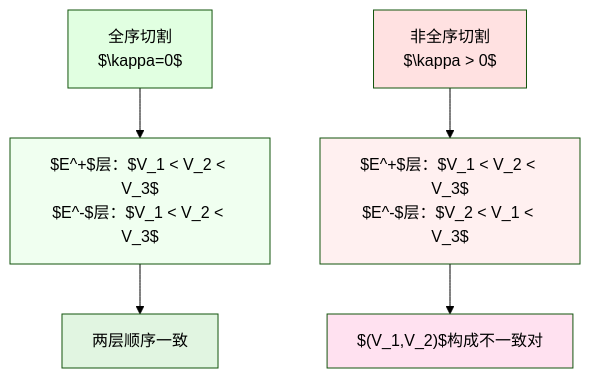
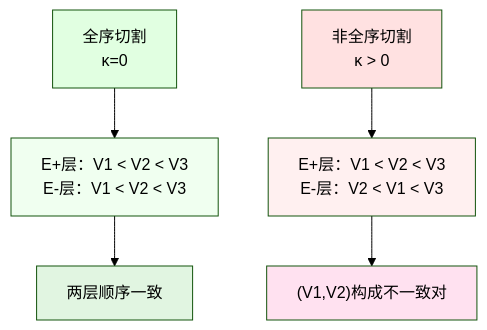
One commit to loning/zeckendorf-hilbert changed the third of 6 diagrams in docs/euler-article/gls-union/21-causal-diamond-chain/03-markov-stitching.md. Above: the diagram before and after it, drawn with Mermaid (forest theme). The commit also changed other lines of this file and 2 other files, not shown here.

````diff
--- a/docs/euler-article/gls-union/21-causal-diamond-chain/03-markov-stitching.md
+++ b/docs/euler-article/gls-union/21-causal-diamond-chain/03-markov-stitching.md
@@ -207,15 +207,15 @@
 ```mermaid
 graph TD
-    A["全序切割<br/>$\kappa=0$"] --> A1["$E^+$层：$V_1 < V_2 < V_3$<br/>$E^-$层：$V_1 < V_2 < V_3$"]
+    A["全序切割<br/>κ=0"] --> A1["E+层：V1 < V2 < V3<br/>E-层：V1 < V2 < V3"]
     A1 --> A2["两层顺序一致"]
 
-    B["非全序切割<br/>$\kappa > 0$"] --> B1["$E^+$层：$V_1 < V_2 < V_3$<br/>$E^-$层：$V_2 < V_1 < V_3$"]
-    B1 --> B2["$(V_1,V_2)$构成不一致对"]
+    B["非全序切割<br/>κ > 0"] --> B1["E+层：V1 < V2 < V3<br/>E-层：V2 < V1 < V3"]
+    B1 --> B2["(V1,V2)构成不一致对"]
 
     style A fill:#e1ffe1
     style A1 fill:#f0fff0
     style A2 fill:#e1f5e1
     style B fill:#ffe1e1
     style B1 fill:#fff0f0
     style B2 fill:#ffe1f0
 ```
````
